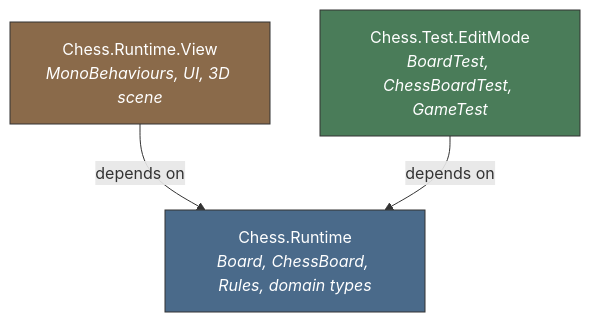
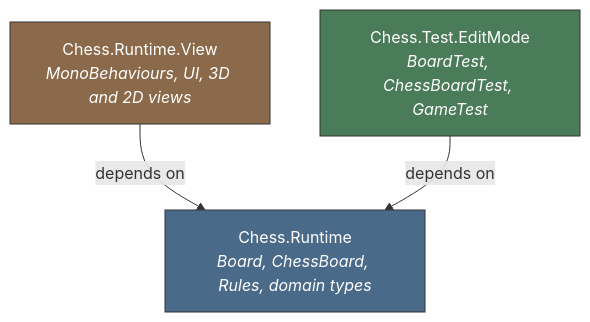
One commit to EgillAntonsson/chess changed the diagram in README.md. Above: the diagram before and after it, drawn with Mermaid. The commit also changed other lines of this file and 1 other file, not shown here.

Commit message:
Add 2D/3D view toggle section to README with demo video

````diff
--- a/README.md
+++ b/README.md
@@ -11,13 +21,13 @@
 ```mermaid
 graph TD
-    View["Chess.Runtime.View<br/><i>MonoBehaviours, UI, 3D scene</i>"]
+    View["Chess.Runtime.View<br/><i>MonoBehaviours, UI, 3D and 2D views</i>"]
     Domain["Chess.Runtime<br/><i>Board, ChessBoard, Rules, domain types</i>"]
     Tests["Chess.Test.EditMode<br/><i>BoardTest, ChessBoardTest, GameTest</i>"]
 
     View -->|depends on| Domain
     Tests -->|depends on| Domain
 
     style Domain fill:#4a6a8a,stroke:#333,color:#fff
     style View fill:#8a6a4a,stroke:#333,color:#fff
     style Tests fill:#4a7c59,stroke:#333,color:#fff
 ```
````
